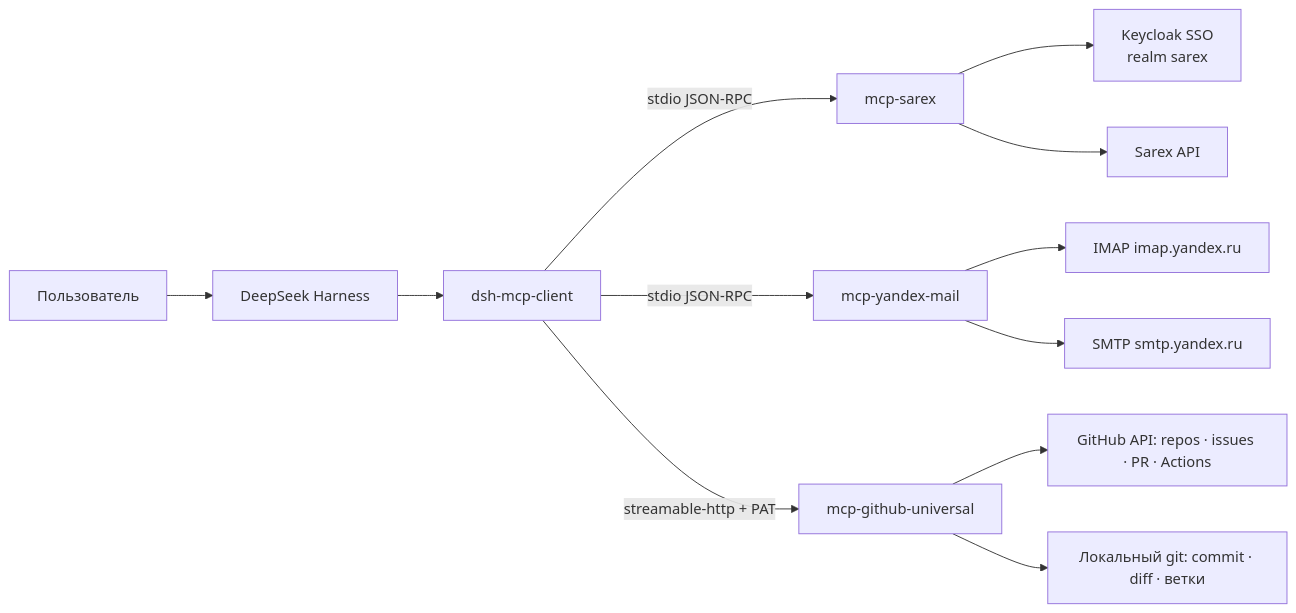
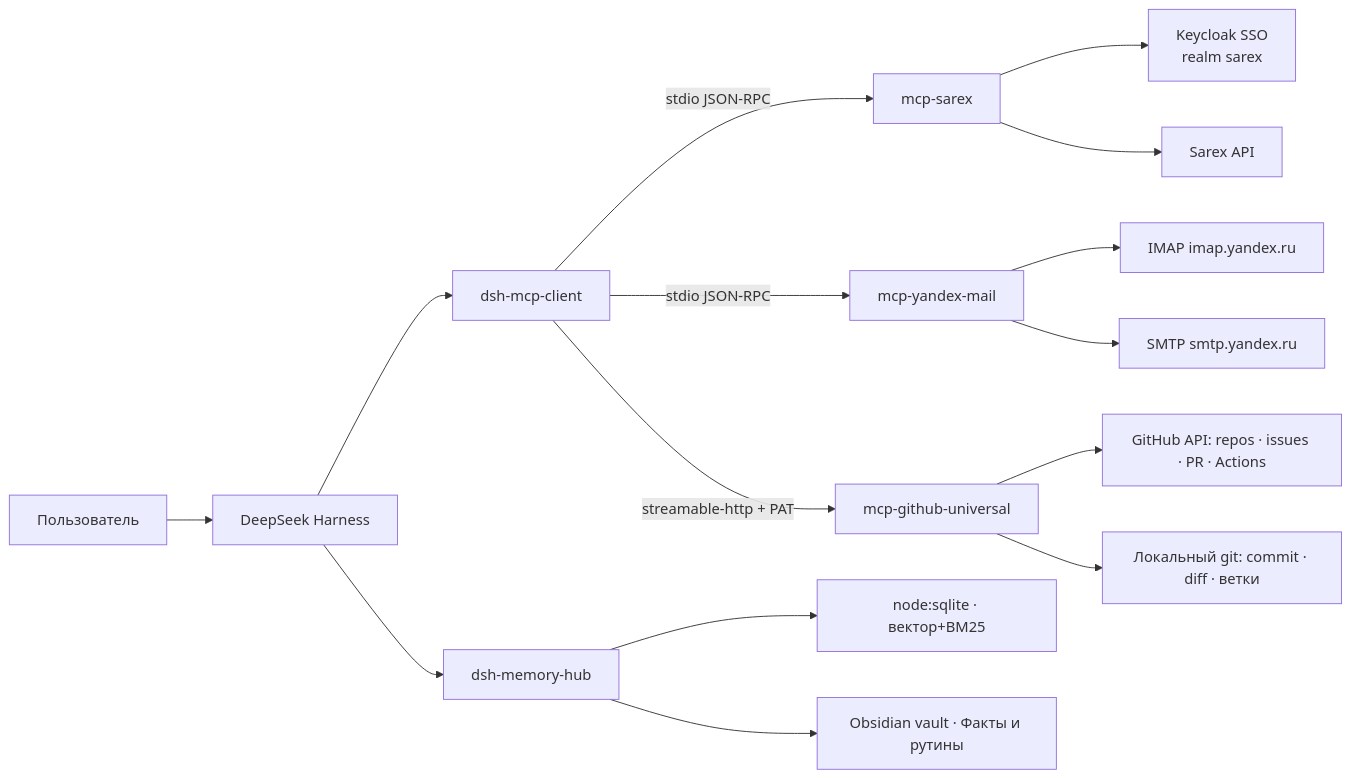
Before and after one commit to rukazax/deepseek_harness: the first of 2 diagrams in README.md, drawn with Mermaid. The commit also changed other lines of this file, not shown here.

Commit message:
docs(dsh-memory-hub): bilingual setup pages, architecture diagrams and repo index

````diff
--- a/README.md
+++ b/README.md
@@ -50,14 +51,17 @@
 ```mermaid
 flowchart LR
     U[Пользователь] --> DSH[DeepSeek Harness]
     DSH --> P[dsh-mcp-client]
     P -->|stdio JSON-RPC| S1[mcp-sarex]
     P -->|stdio JSON-RPC| S2[mcp-yandex-mail]
     P -->|streamable-http + PAT| S3[mcp-github-universal]
     S1 --> KC[Keycloak SSO<br/>realm sarex]
     S1 --> API[Sarex API]
     S2 --> IMAP[IMAP imap.yandex.ru]
     S2 --> SMTP[SMTP smtp.yandex.ru]
     S3 --> GH[GitHub API: repos · issues · PR · Actions]
     S3 --> LG[Локальный git: commit · diff · ветки]
+    DSH --> MEM[dsh-memory-hub]
+    MEM --> RU2[node:sqlite · вектор+BM25]
+    MEM --> OBS[Obsidian vault · Факты и рутины]
 ```
````
